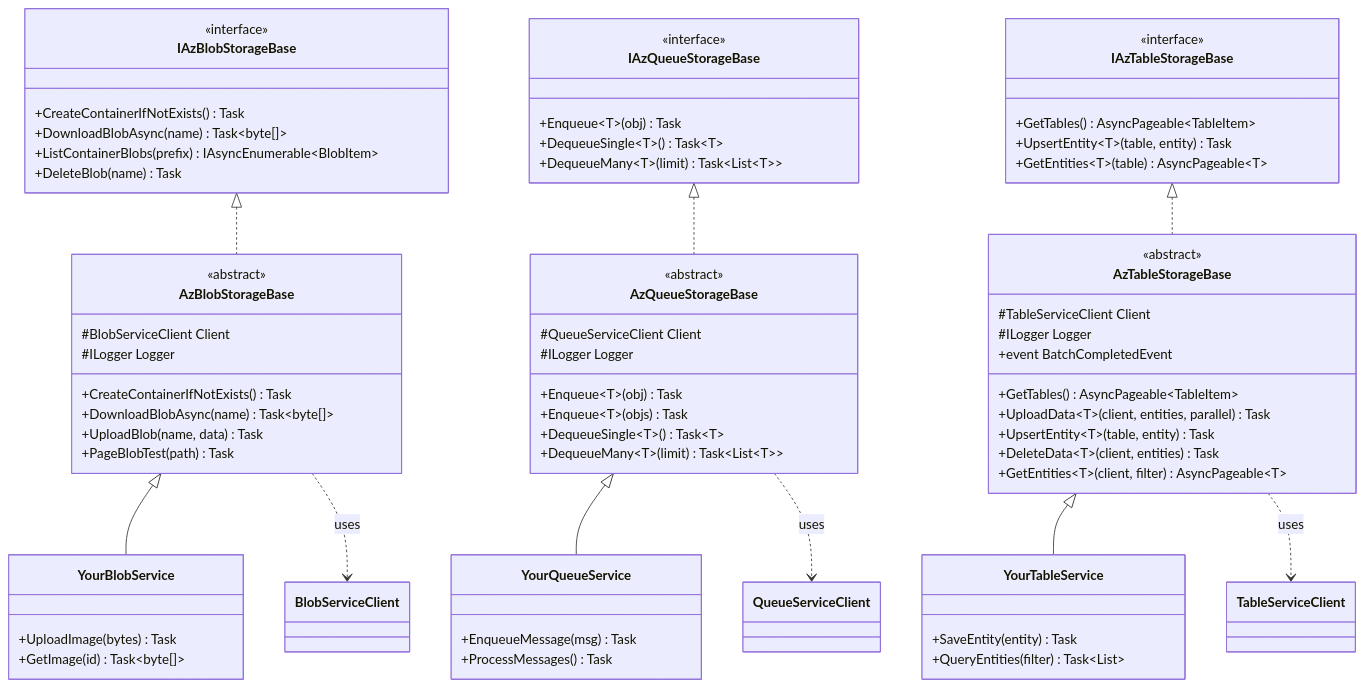
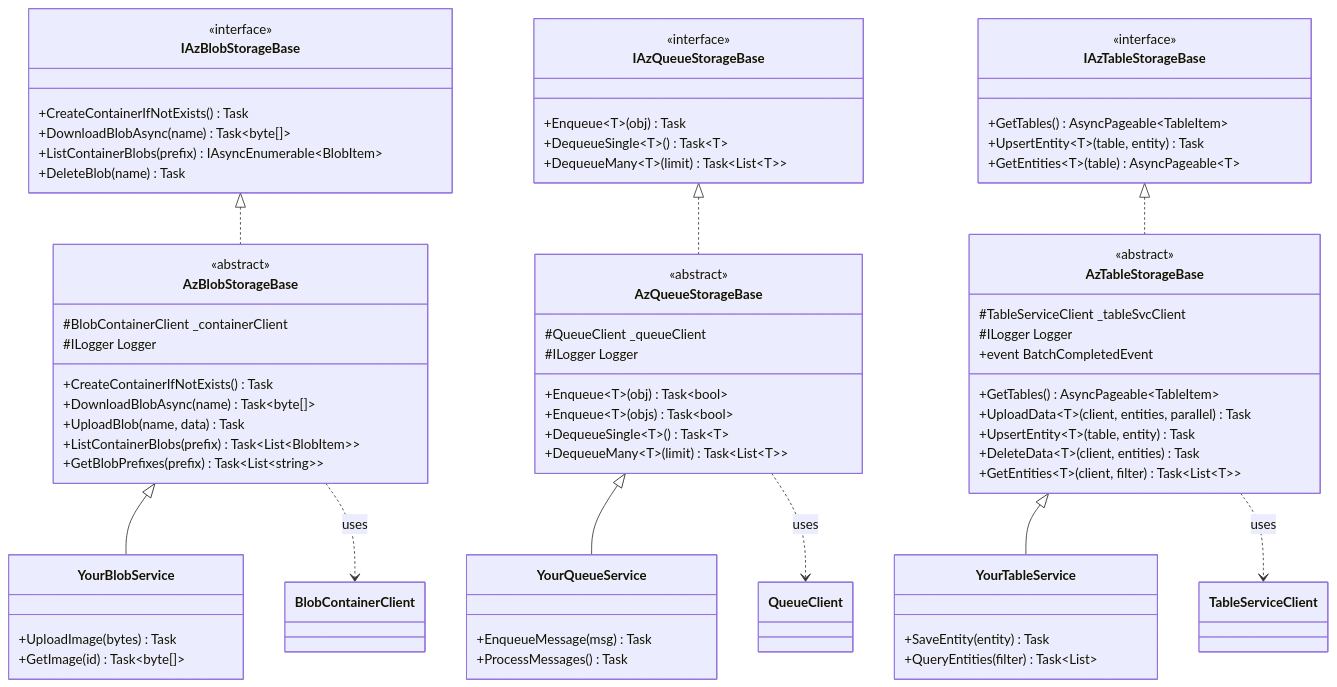
Before and after one commit to f2calv/CasCap.Api.Azure: the diagram in src/CasCap.Api.Azure.Storage/README.md, drawn with Mermaid. The commit also changed other lines of this file, not shown here.

````diff
--- a/src/CasCap.Api.Azure.Storage/README.md
+++ b/src/CasCap.Api.Azure.Storage/README.md
@@ -71,12 +71,13 @@
 
     class AzBlobStorageBase {
         <<abstract>>
-        #BlobServiceClient Client
+        #BlobContainerClient _containerClient
         #ILogger Logger
         +CreateContainerIfNotExists() Task
         +DownloadBlobAsync(name) Task~byte[]~
         +UploadBlob(name, data) Task
-        +PageBlobTest(path) Task
+        +ListContainerBlobs(prefix) Task~List~BlobItem~~
+        +GetBlobPrefixes(prefix) Task~List~string~~
     }
 
     class IAzQueueStorageBase {
@@ -88,10 +89,10 @@
 
     class AzQueueStorageBase {
         <<abstract>>
-        #QueueServiceClient Client
+        #QueueClient _queueClient
         #ILogger Logger
-        +Enqueue~T~(obj) Task
-        +Enqueue~T~(objs) Task
+        +Enqueue~T~(obj) Task~bool~
+        +Enqueue~T~(objs) Task~bool~
         +DequeueSingle~T~() Task~T~
         +DequeueMany~T~(limit) Task~List~T~~
     }
@@ -105,14 +106,14 @@
 
     class AzTableStorageBase {
         <<abstract>>
-        #TableServiceClient Client
+        #TableServiceClient _tableSvcClient
         #ILogger Logger
         +event BatchCompletedEvent
         +GetTables() AsyncPageable~TableItem~
         +UploadData~T~(client, entities, parallel) Task
         +UpsertEntity~T~(table, entity) Task
         +DeleteData~T~(client, entities) Task
-        +GetEntities~T~(client, filter) AsyncPageable~T~
+        +GetEntities~T~(client, filter) Task~List~T~~
     }
 
     class YourBlobService {
@@ -130,7 +131,7 @@
         +QueryEntities(filter) Task~List~
     }
 
-    AzBlobStorageBase ..> BlobServiceClient : uses
-    AzQueueStorageBase ..> QueueServiceClient : uses
+    AzBlobStorageBase ..> BlobContainerClient : uses
+    AzQueueStorageBase ..> QueueClient : uses
     AzTableStorageBase ..> TableServiceClient : uses
 ```
````
